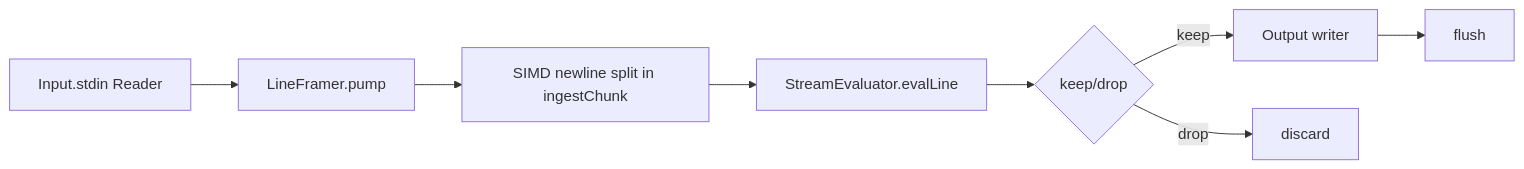
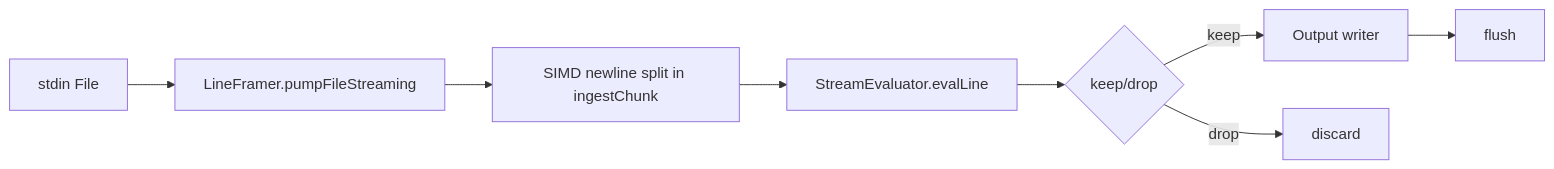
Before and after one commit to usetero/edge: the second of 9 diagrams in src/tail/README.md, drawn with Mermaid. The commit also changed other lines of this file and 23 other files, not shown here.

````diff
--- a/src/tail/README.md
+++ b/src/tail/README.md
@@ -61,10 +61,10 @@
 ```mermaid
 flowchart LR
-  A[Input.stdin Reader] --> B[LineFramer.pump]
+  A[stdin File] --> B[LineFramer.pumpFileStreaming]
   B --> C[SIMD newline split in ingestChunk]
   C --> D[StreamEvaluator.evalLine]
   D --> E{keep/drop}
   E -- keep --> F[Output writer]
   E -- drop --> G[discard]
   F --> H[flush]
 ```
````
